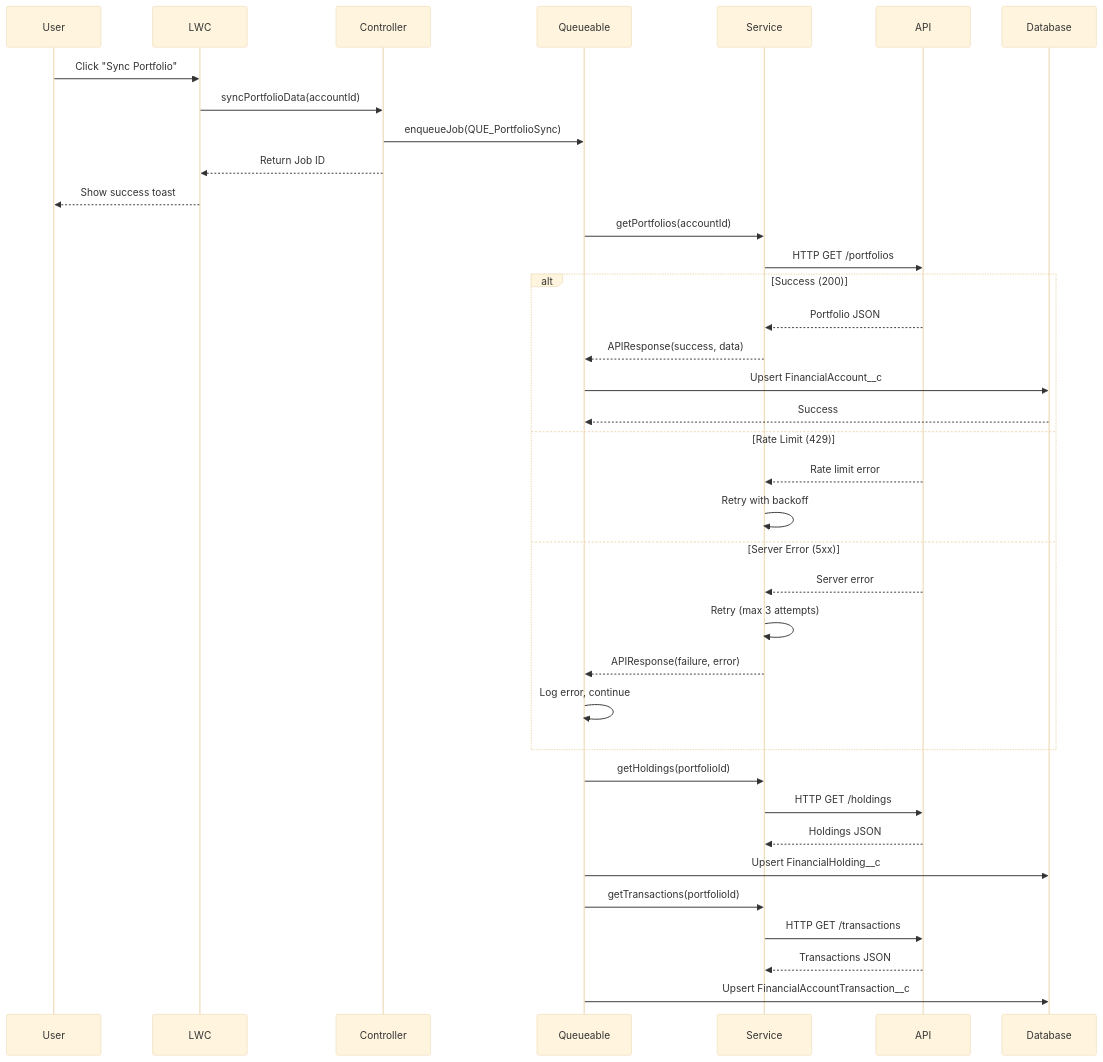
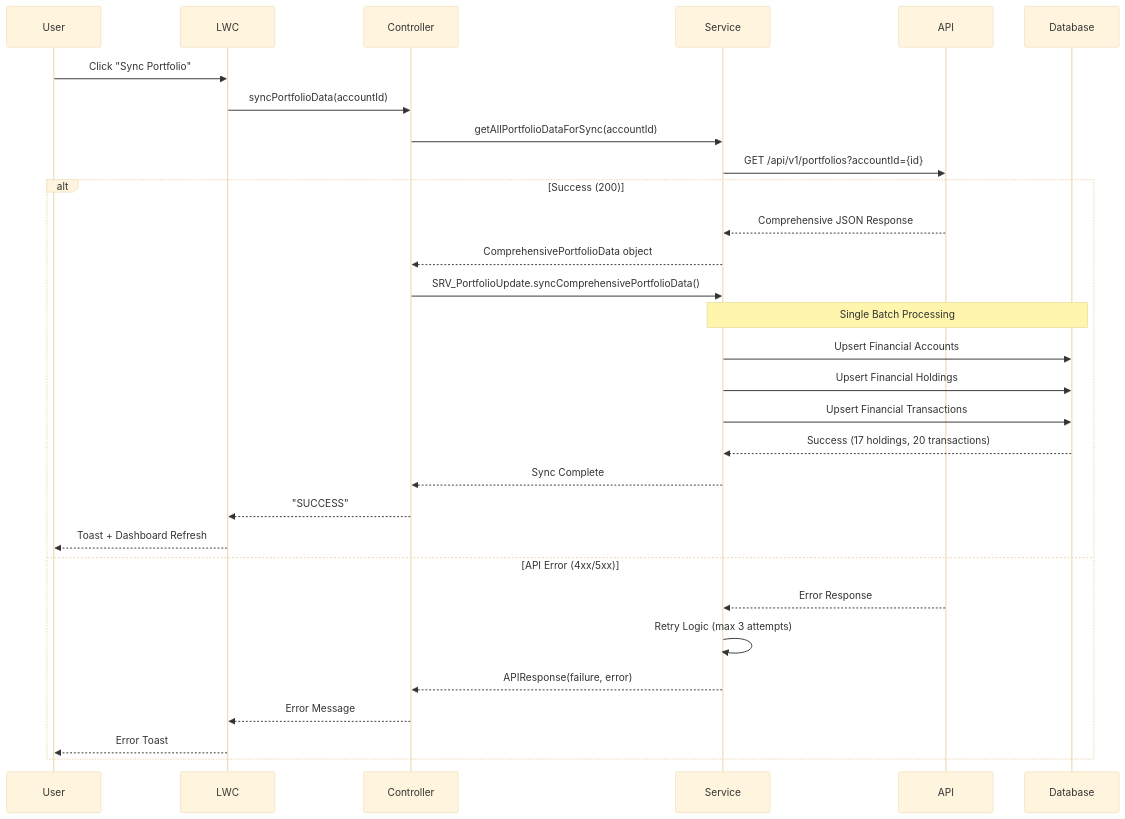
One commit to YannickT18/Wealth360-FSC-Assessment changed the diagram in docs/TECHNICAL_DESIGN.md. Above: the diagram before and after it, drawn with Mermaid (base theme). The commit also changed other lines of this file and 9 other files, not shown here.

First line of the commit message:
Production Ready: Complete Wealth360 Dashboard Implementation

````diff
--- a/docs/TECHNICAL_DESIGN.md
+++ b/docs/TECHNICAL_DESIGN.md
@@ -154,44 +287,37 @@
 ```mermaid
 sequenceDiagram
     participant User
     participant LWC
     participant Controller
-    participant Queueable
     participant Service
     participant API
     participant Database
 
     User->>LWC: Click "Sync Portfolio"
     LWC->>Controller: syncPortfolioData(accountId)
-    Controller->>Queueable: enqueueJob(QUE_PortfolioSync)
-    Controller-->>LWC: Return Job ID
-    LWC-->>User: Show success toast
-
-    Queueable->>Service: getPortfolios(accountId)
-    Service->>API: HTTP GET /portfolios
+    Controller->>Service: getAllPortfolioDataForSync(accountId)
+    Service->>API: GET /api/v1/portfolios?accountId={id}
     
     alt Success (200)
-        API-->>Service: Portfolio JSON
-        Service-->>Queueable: APIResponse(success, data)
-        Queueable->>Database: Upsert FinancialAccount__c
-        Database-->>Queueable: Success
-    else Rate Limit (429)
-        API-->>Service: Rate limit error
-        Service->>Service: Retry with backoff
-    else Server Error (5xx)
-        API-->>Service: Server error
-        Service->>Service: Retry (max 3 attempts)
-        Service-->>Queueable: APIResponse(failure, error)
-        Queueable->>Queueable: Log error, continue
+        API-->>Service: Comprehensive JSON Response
+        Service-->>Controller: ComprehensivePortfolioData object
+        Controller->>Service: SRV_PortfolioUpdate.syncComprehensivePortfolioData()
+        
+        Note over Service,Database: Single Batch Processing
+        Service->>Database: Upsert Financial Accounts
+        Service->>Database: Upsert Financial Holdings  
+        Service->>Database: Upsert Financial Transactions
+        
+        Database-->>Service: Success (17 holdings, 20 transactions)
+        Service-->>Controller: Sync Complete
+        Controller-->>LWC: "SUCCESS"
+        LWC-->>User: Toast + Dashboard Refresh
+        
+    else API Error (4xx/5xx)
+        API-->>Service: Error Response
+        Service->>Service: Retry Logic (max 3 attempts)
+        Service-->>Controller: APIResponse(failure, error)
+        Controller-->>LWC: Error Message
+        LWC-->>User: Error Toast
     end
-
-    Queueable->>Service: getHoldings(portfolioId)
-    Service->>API: HTTP GET /holdings
-    API-->>Service: Holdings JSON
-    Queueable->>Database: Upsert FinancialHolding__c
-
-    Queueable->>Service: getTransactions(portfolioId)
-    Service->>API: HTTP GET /transactions
-    API-->>Service: Transactions JSON
-    Queueable->>Database: Upsert FinancialAccountTransaction__c
 ```
````
